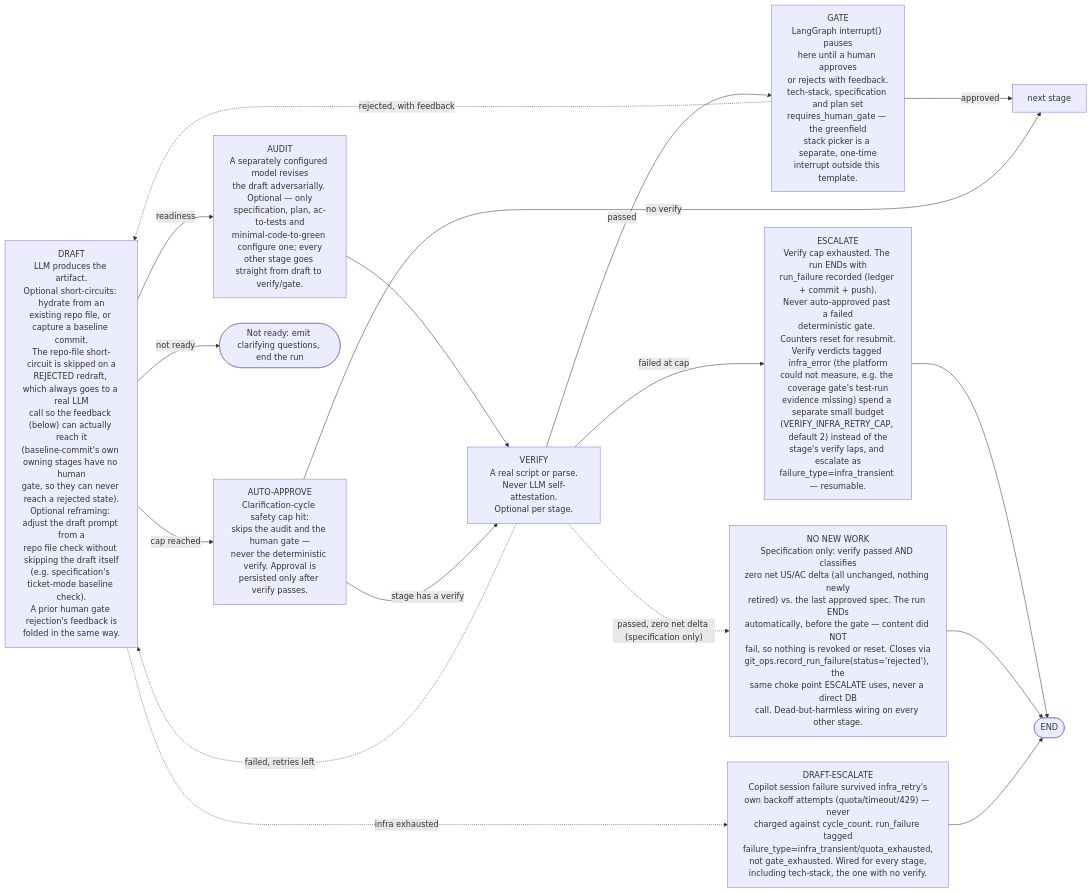
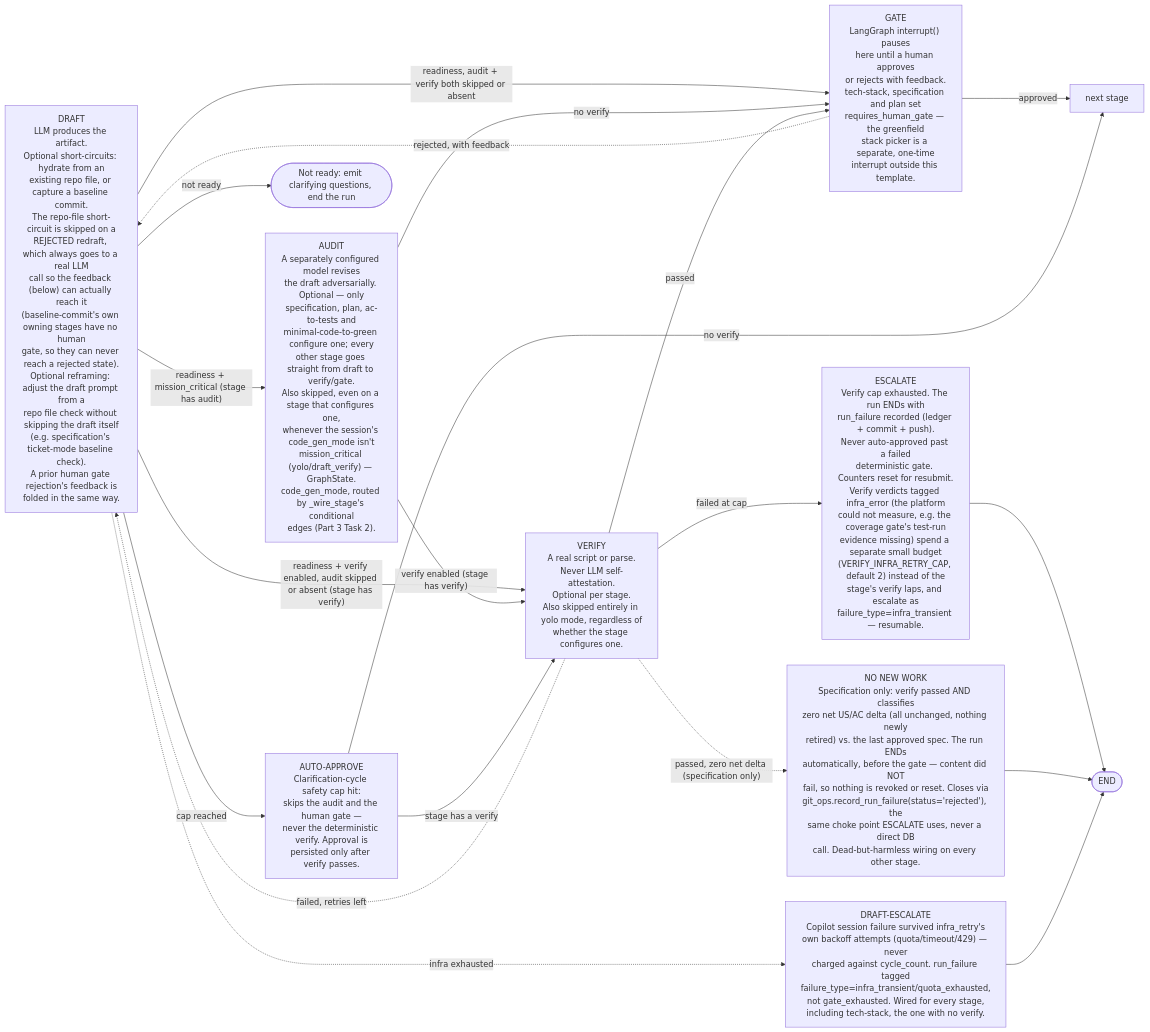
The second of 3 diagrams in README.md (bancroftway/ai-dev-workflow), drawn with Mermaid before and after one commit. The commit also changed other lines of this file and 1 other file, not shown here.

Commit message:
feat(graph): make audit/verify skippable per code_gen_mode (Part 3 Task 2)
_wire_stage now routes on state["code_gen_mode"] (set by Task 1's intake
resolution) at its two audit/verify decision points, uniformly across all
8 STAGES entries instead of a per-stage special case:

- make_route_after_draft's "gate" outcome splits into "gate_audit" /
  "gate_verify" / "gate_direct", picked via a new _code_gen_mode_flags(state)
  helper (audit_enabled = mission_critical; verify_enabled = draft_verify or
  mission_critical). A stage with no audit_response_schema never gets
  "gate_audit" wired as a reachable edge at all.
- The audit node's outgoing edge is now a conditional edge (was a fixed
  add_edge) keyed on the same flags, routing to verify when enabled else
  straight to the gate.

mission_critical reproduces today's exact wiring (verified: compiled graph
node count unchanged, 114 before/after). Added _demo_code_gen_mode_routing()
self-check that walks the real compiled branches for all 8 stages x 3 modes.

Updated README's stage-template diagram and gate-inventory section to match
(freshness hook re-stamped).

````diff
--- a/README.md
+++ b/README.md
@@ -197,29 +197,32 @@
 ```mermaid
 flowchart LR
     d["DRAFT<br/>LLM produces the artifact.<br/>Optional short-circuits: hydrate from an<br/>existing repo file, or capture a baseline commit.<br/>The repo-file short-circuit is skipped on a<br/>REJECTED redraft, which always goes to a real LLM<br/>call so the feedback (below) can actually reach it<br/>(baseline-commit's own owning stages have no human<br/>gate, so they can never reach a rejected state).<br/>Optional reframing: adjust the draft prompt from a<br/>repo file check without skipping the draft itself<br/>(e.g. specification's ticket-mode baseline check).<br/>A prior human gate rejection's feedback is<br/>folded in the same way."]
-    a["AUDIT<br/>A separately configured model revises<br/>the draft adversarially. Optional — only<br/>specification, plan, ac-to-tests and<br/>minimal-code-to-green configure one; every<br/>other stage goes straight from draft to verify/gate."]
-    v["VERIFY<br/>A real script or parse.<br/>Never LLM self-attestation.<br/>Optional per stage."]
+    a["AUDIT<br/>A separately configured model revises<br/>the draft adversarially. Optional — only<br/>specification, plan, ac-to-tests and<br/>minimal-code-to-green configure one; every<br/>other stage goes straight from draft to verify/gate.<br/>Also skipped, even on a stage that configures one,<br/>whenever the session's code_gen_mode isn't<br/>mission_critical (yolo/draft_verify) — GraphState.<br/>code_gen_mode, routed by _wire_stage's conditional<br/>edges (Part 3 Task 2)."]
+    v["VERIFY<br/>A real script or parse.<br/>Never LLM self-attestation.<br/>Optional per stage.<br/>Also skipped entirely in yolo mode, regardless of<br/>whether the stage configures one."]
     g["GATE<br/>LangGraph interrupt() pauses<br/>here until a human approves<br/>or rejects with feedback.<br/>tech-stack, specification and plan set<br/>requires_human_gate — the greenfield<br/>stack picker is a separate, one-time<br/>interrupt outside this template."]
     aa["AUTO-APPROVE<br/>Clarification-cycle safety cap hit:<br/>skips the audit and the human gate —<br/>never the deterministic verify. Approval is<br/>persisted only after verify passes."]
     e["ESCALATE<br/>Verify cap exhausted. The run ENDs with<br/>run_failure recorded (ledger + commit + push).<br/>Never auto-approved past a failed<br/>deterministic gate. Counters reset for resubmit.<br/>Verify verdicts tagged infra_error (the platform<br/>could not measure, e.g. the coverage gate's test-run<br/>evidence missing) spend a separate small budget<br/>(VERIFY_INFRA_RETRY_CAP, default 2) instead of the<br/>stage's verify laps, and escalate as<br/>failure_type=infra_transient — resumable."]
     nw["NO NEW WORK<br/>Specification only: verify passed AND classifies<br/>zero net US/AC delta (all unchanged, nothing newly<br/>retired) vs. the last approved spec. The run ENDs<br/>automatically, before the gate — content did NOT<br/>fail, so nothing is revoked or reset. Closes via<br/>git_ops.record_run_failure(status='rejected'), the<br/>same choke point ESCALATE uses, never a direct DB<br/>call. Dead-but-harmless wiring on every other stage."]
     ie["DRAFT-ESCALATE<br/>Copilot session failure survived infra_retry's<br/>own backoff attempts (quota/timeout/429) — never<br/>charged against cycle_count. run_failure tagged<br/>failure_type=infra_transient/quota_exhausted,<br/>not gate_exhausted. Wired for every stage,<br/>including tech-stack, the one with no verify."]
     q(["Not ready: emit clarifying questions, end the run"])
 
-    d -->|readiness| a
+    d -->|"readiness + mission_critical (stage has audit)"| a
+    d -->|"readiness + verify enabled, audit skipped or absent (stage has verify)"| v
+    d -->|"readiness, audit + verify both skipped or absent"| g
     d -->|cap reached| aa
     d -->|not ready| q
     d -.->|infra exhausted| ie
-    a --> v
+    a -->|"verify enabled (stage has verify)"| v
+    a -->|no verify| g
     v -->|passed| g
     v -.->|"passed, zero net delta (specification only)"| nw
     v -.->|failed, retries left| d
     v -->|failed at cap| e
     e --> theend(["END"])
     nw --> theend
     ie --> theend
     g -->|approved| next["next stage"]
     g -.->|rejected, with feedback| d
     aa -->|stage has a verify| v
     aa -->|no verify| next
 ```
````
